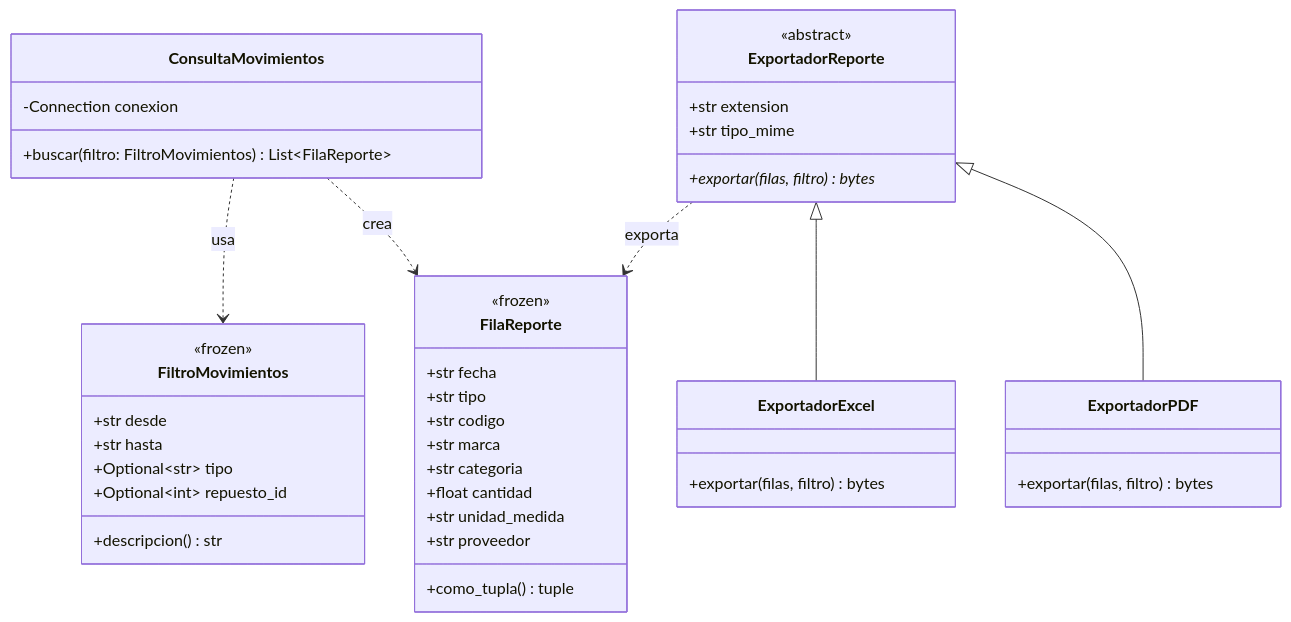
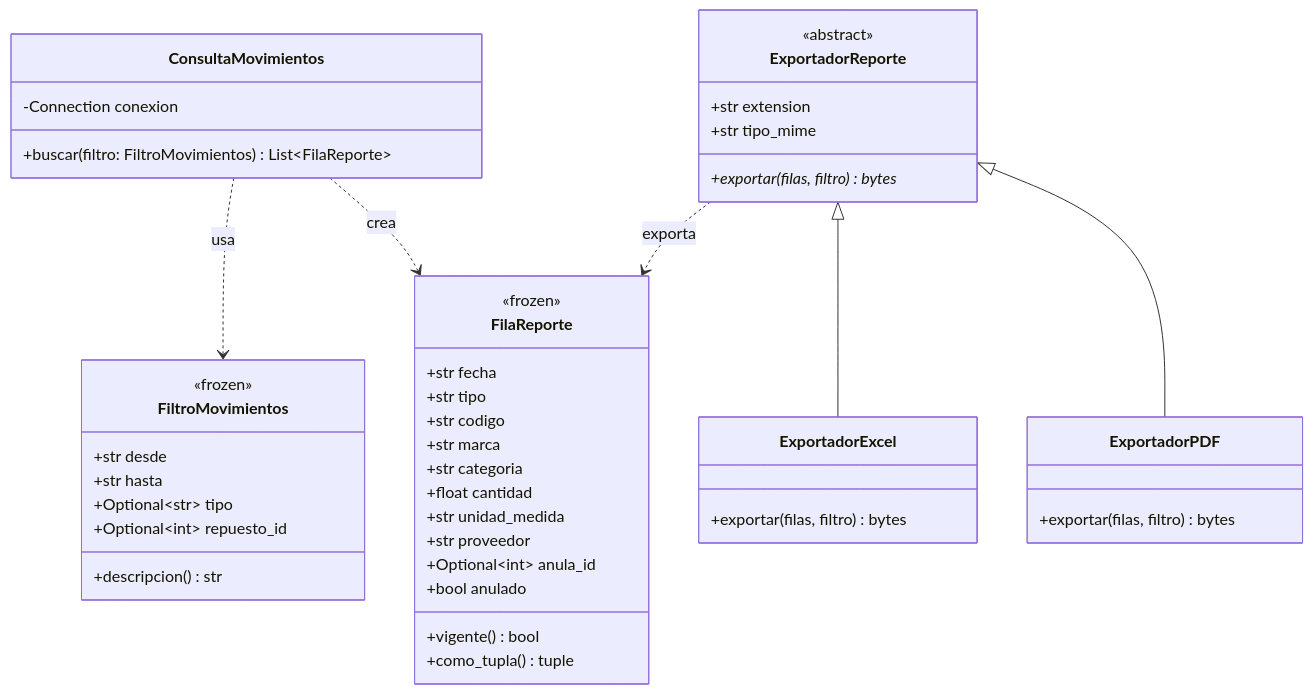
Before and after one commit to lgarciabode/Gestor_Stock_Durand_GarciaBode: the fifth of 6 diagrams in docs/diagrama_UML.md, drawn with Mermaid. The commit also changed other lines of this file and 22 other files, not shown here.

````diff
--- a/docs/diagrama_UML.md
+++ b/docs/diagrama_UML.md
@@ -349,45 +355,48 @@
 ```mermaid
 classDiagram
     class FiltroMovimientos {
         <<frozen>>
         +str desde
         +str hasta
         +Optional~str~ tipo
         +Optional~int~ repuesto_id
         +descripcion() str
     }
     class FilaReporte {
         <<frozen>>
         +str fecha
         +str tipo
         +str codigo
         +str marca
         +str categoria
         +float cantidad
         +str unidad_medida
         +str proveedor
+        +Optional~int~ anula_id
+        +bool anulado
+        +vigente() bool
         +como_tupla() tuple
     }
     class ConsultaMovimientos {
         -Connection conexion
         +buscar(filtro: FiltroMovimientos) List~FilaReporte~
     }
     class ExportadorReporte {
         <<abstract>>
         +str extension
         +str tipo_mime
         +exportar(filas, filtro)* bytes
     }
     class ExportadorExcel {
         +exportar(filas, filtro) bytes
     }
     class ExportadorPDF {
         +exportar(filas, filtro) bytes
     }
 
     ConsultaMovimientos ..> FiltroMovimientos : usa
     ConsultaMovimientos ..> FilaReporte : crea
     ExportadorReporte <|-- ExportadorExcel
     ExportadorReporte <|-- ExportadorPDF
     ExportadorReporte ..> FilaReporte : exporta
 ```
````
